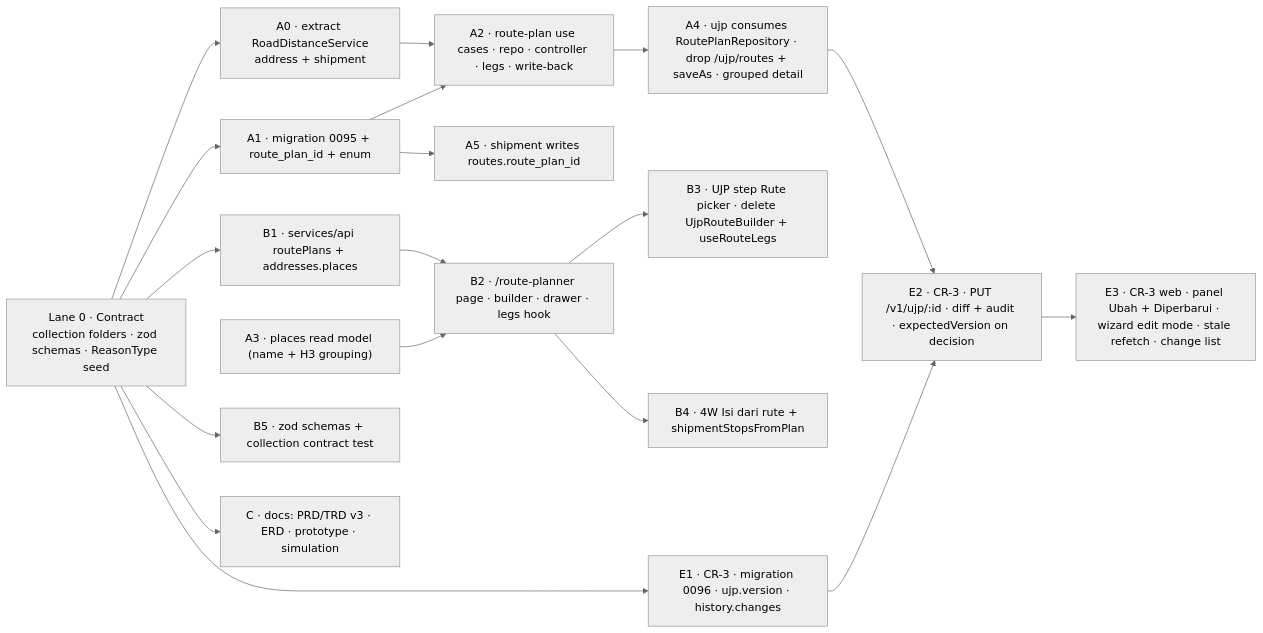
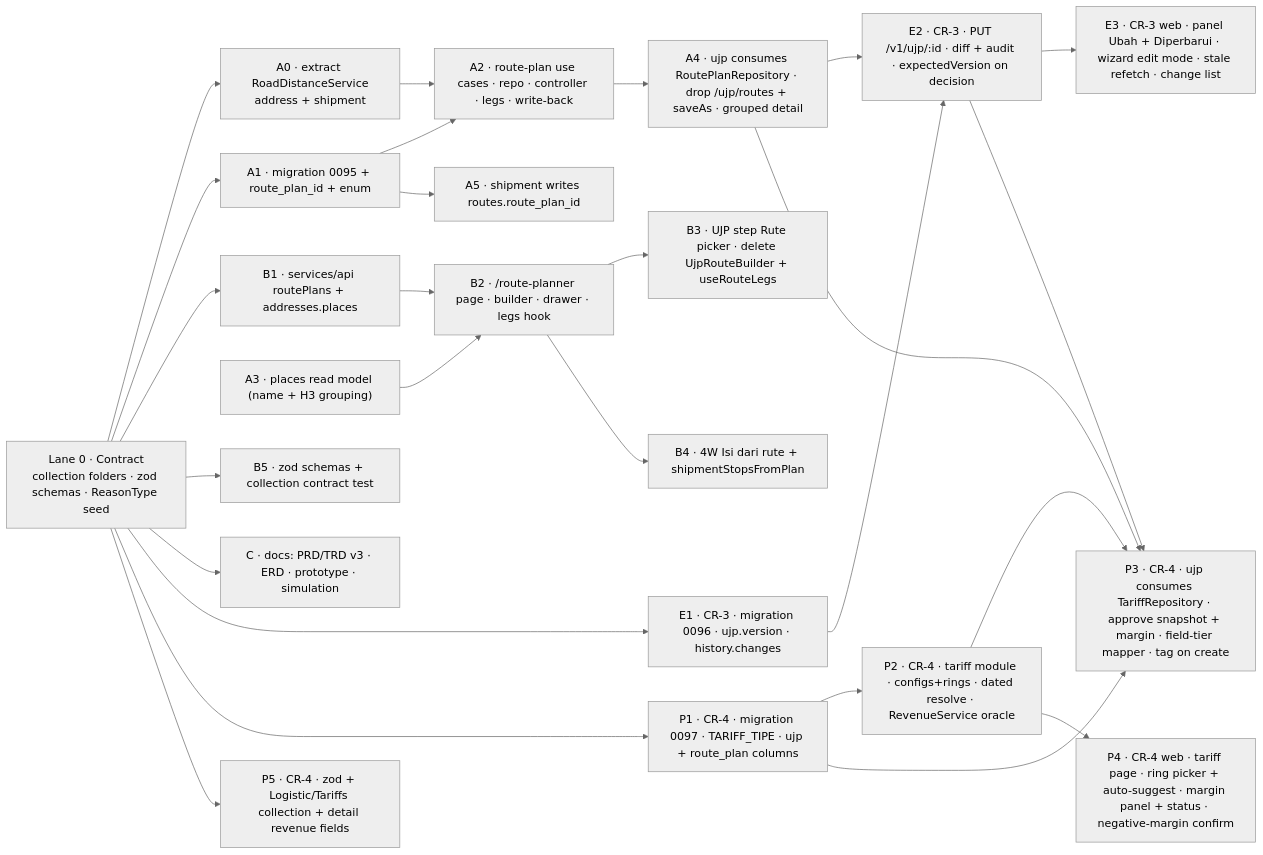
One commit to dash-electric/logistic-knowledge-vault changed diagram 11 of 11 in docs/modules/ujp/ujp-trd-v3.md. Above: the diagram before and after it, drawn with Mermaid (neutral theme). The commit also changed other lines of this file and 2 other files, not shown here.

First line of the commit message:
docs(ujp): CR-4 pricing — PRD/TRD + ERD

````diff
--- a/docs/modules/ujp/ujp-trd-v3.md
+++ b/docs/modules/ujp/ujp-trd-v3.md
@@ -831,27 +1006,38 @@
 ```mermaid
 flowchart LR
   L0["Lane 0 · Contract<br/>collection folders · zod schemas · ReasonType seed"] --> A0
   L0 --> A1
   L0 --> B1
   A0["A0 · extract RoadDistanceService<br/>address + shipment"] --> A2
   A1["A1 · migration 0095 + route_plan_id + enum"] --> A2
   A1 --> A5
   A2["A2 · route-plan use cases · repo · controller · legs · write-back"] --> A4
   A3["A3 · places read model (name + H3 grouping)"] --> B2
   A4["A4 · ujp consumes RoutePlanRepository · drop /ujp/routes + saveAs · grouped detail"]
   A5["A5 · shipment writes routes.route_plan_id"]
   B1["B1 · services/api routePlans + addresses.places"] --> B2
   B2["B2 · /route-planner page · builder · drawer · legs hook"] --> B3
   B2 --> B4
   B3["B3 · UJP step Rute picker · delete UjpRouteBuilder + useRouteLegs"]
   B4["B4 · 4W Isi dari rute + shipmentStopsFromPlan"]
   B5["B5 · zod schemas + collection contract test"]
   C["C · docs: PRD/TRD v3 · ERD · prototype · simulation"]
   L0 --> B5
   L0 --> C
   L0 --> E1
   E1["E1 · CR-3 · migration 0096 · ujp.version · history.changes"] --> E2
   E2["E2 · CR-3 · PUT /v1/ujp/:id · diff + audit · expectedVersion on decision"] --> E3
   A4 --> E2
   E3["E3 · CR-3 web · panel Ubah + Diperbarui · wizard edit mode · stale refetch · change list"]
+  L0 --> P1
+  P1["P1 · CR-4 · migration 0097 · TARIFF_TIPE · ujp + route_plan columns"] --> P2
+  P2["P2 · CR-4 · tariff module · configs+rings · dated resolve · RevenueService oracle"] --> P3
+  P1 --> P3
+  P3["P3 · CR-4 · ujp consumes TariffRepository · approve snapshot + margin · field-tier mapper · tag on create"]
+  A4 --> P3
+  E2 --> P3
+  P4["P4 · CR-4 web · tariff page · ring picker + auto-suggest · margin panel + status · negative-margin confirm"]
+  P2 --> P4
+  P5["P5 · CR-4 · zod + Logistic/Tariffs collection + detail revenue fields"]
+  L0 --> P5
 ```
````
